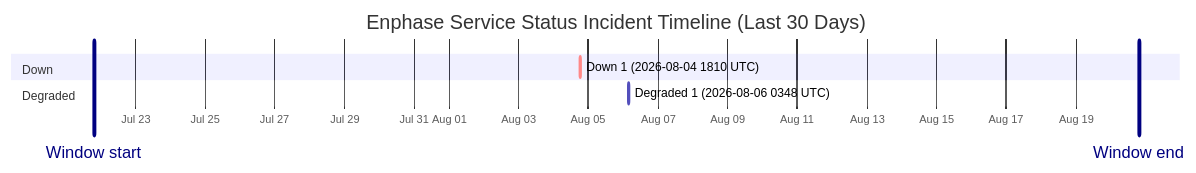
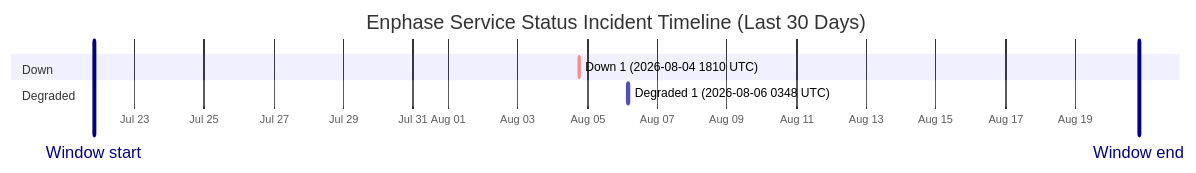
Before and after one commit to barneyonline/ha-enphase-energy: the diagram in wiki/Service-Status-History.md, drawn with Mermaid. The commit also changed other lines of this file and 3 other files, not shown here.

````diff
--- a/wiki/Service-Status-History.md
+++ b/wiki/Service-Status-History.md
@@ -14,12 +14,12 @@
 ```mermaid
 gantt
     title Enphase Service Status Incident Timeline (Last 30 Days)
     dateFormat  YYYY-MM-DDTHH:mm:ss
     axisFormat  %b %d
-    Window start :vert, window-start, 2026-07-21T19:28:48, 0ms
-    Window end :vert, window-end, 2026-08-20T19:28:48, 0ms
+    Window start :vert, window-start, 2026-07-21T19:56:48, 0ms
+    Window end :vert, window-end, 2026-08-20T19:56:48, 0ms
     section Down
     Down 1 (2026-08-04 1810 UTC) :crit, down-1, 2026-08-04T18:10:46, 60m
     section Degraded
     Degraded 1 (2026-08-06 0348 UTC) :active, degraded-1, 2026-08-06T03:48:14, 60m
 ```
````
